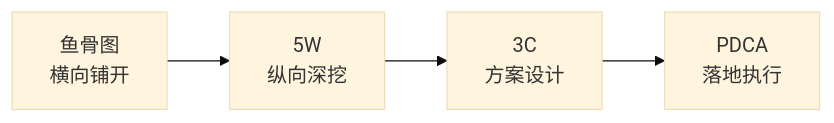
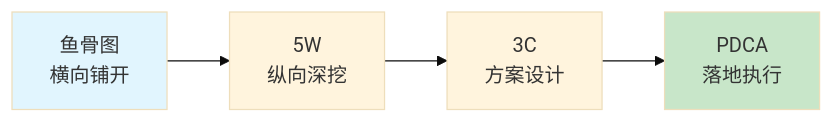
One commit to chongyang211/YCBookBlog changed the fifth of 6 diagrams in packages/website/11.书籍/05.自我精进·成事/22.鱼骨图分析方法.md. Above: the diagram before and after it, drawn with Mermaid (base theme). The commit also changed other lines of this file and 4 other files, not shown here.

````diff
--- a/packages/website/11.书籍/05.自我精进·成事/22.鱼骨图分析方法.md
+++ b/packages/website/11.书籍/05.自我精进·成事/22.鱼骨图分析方法.md
@@ -158,6 +151,8 @@
 ```mermaid
 graph LR
     F[鱼骨图<br/>横向铺开] --> W[5W<br/>纵向深挖]
     W --> C[3C<br/>方案设计]
     C --> P[PDCA<br/>落地执行]
+    style F fill:#e1f5fe
+    style P fill:#c8e6c9
 ```
````
